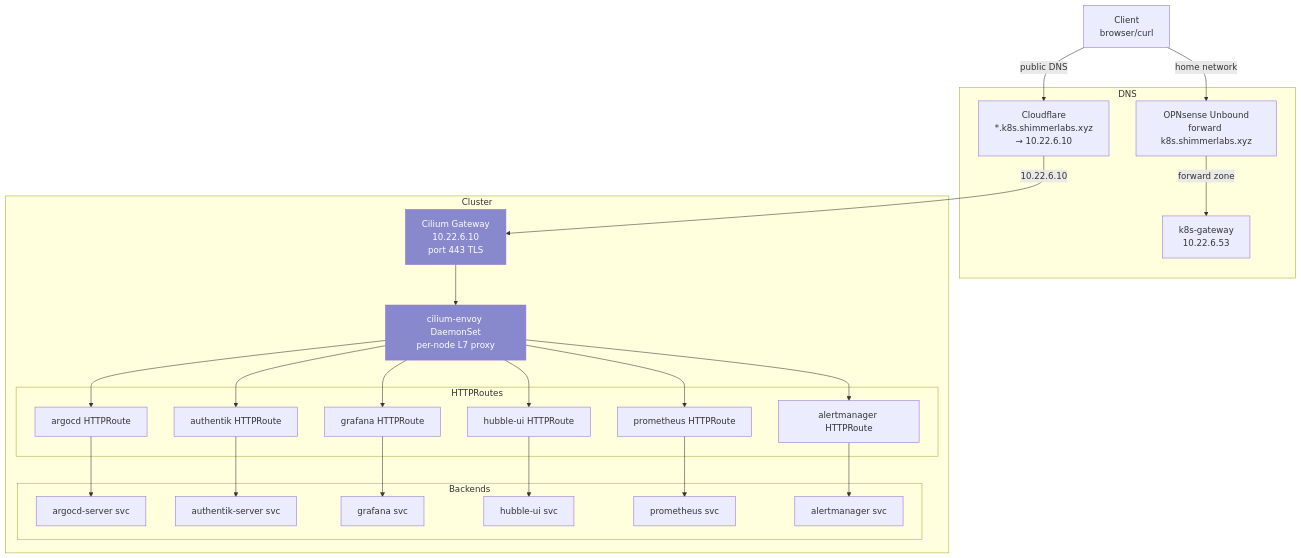
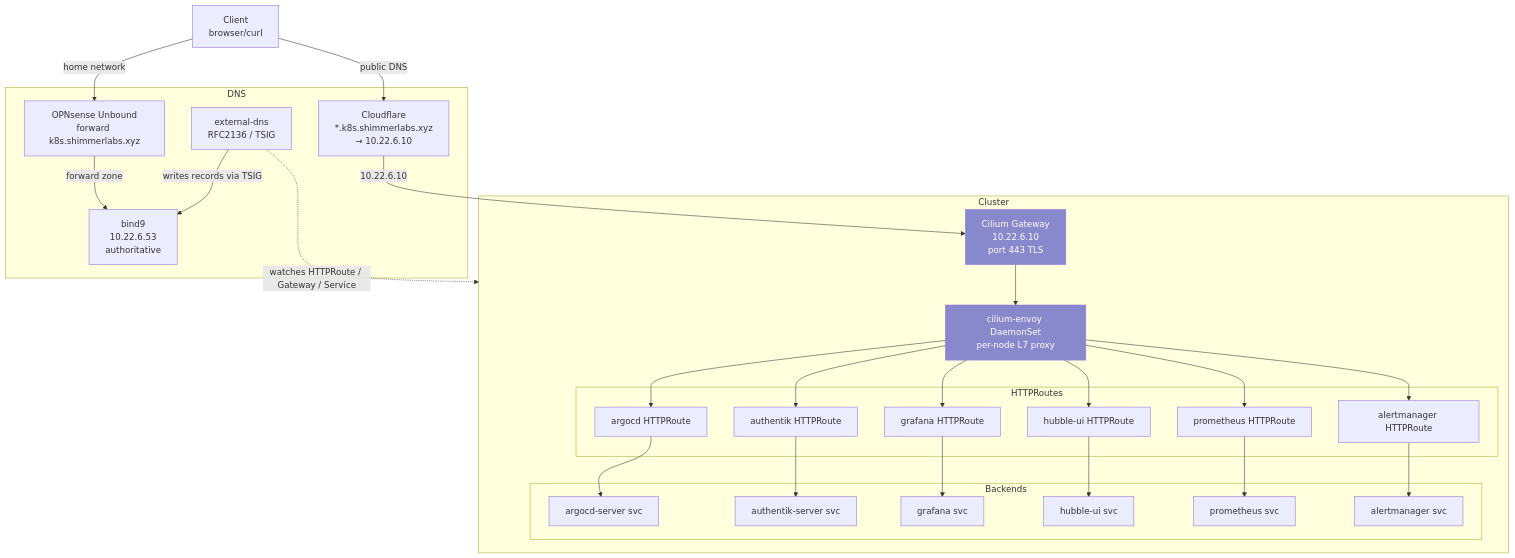
Before and after one commit to mralanlee/homelab: the third of 8 diagrams in docs/architecture.md, drawn with Mermaid. The commit also changed other lines of this file, not shown here.

Commit message:
docs: update architecture diagrams (bind9 + external-dns instead of k8s-gateway)

````diff
--- a/docs/architecture.md
+++ b/docs/architecture.md
@@ -79,50 +80,53 @@
 ```mermaid
 graph TB
     Client[Client<br/>browser/curl]
 
     subgraph DNS
         CFDNS[Cloudflare<br/>*.k8s.shimmerlabs.xyz<br/>→ 10.22.6.10]
         Unbound[OPNsense Unbound<br/>forward k8s.shimmerlabs.xyz]
-        K8sGateway[k8s-gateway<br/>10.22.6.53]
+        BIND[bind9<br/>10.22.6.53<br/>authoritative]
+        EDNS[external-dns<br/>RFC2136 / TSIG]
     end
 
     Client -->|public DNS| CFDNS
     Client -->|home network| Unbound
-    Unbound -->|forward zone| K8sGateway
+    Unbound -->|forward zone| BIND
+    EDNS -->|writes records via TSIG| BIND
+    EDNS -.->|watches HTTPRoute / Gateway / Service| Cluster
 
     subgraph Cluster
         Gateway[Cilium Gateway<br/>10.22.6.10<br/>port 443 TLS]
         Envoy[cilium-envoy DaemonSet<br/>per-node L7 proxy]
 
         HTTPRoutes
         subgraph HTTPRoutes
             R1[argocd HTTPRoute]
             R2[authentik HTTPRoute]
             R3[grafana HTTPRoute]
             R4[hubble-ui HTTPRoute]
             R5[prometheus HTTPRoute]
             R6[alertmanager HTTPRoute]
         end
 
         subgraph Backends
             B1[argocd-server svc]
             B2[authentik-server svc]
             B3[grafana svc]
             B4[hubble-ui svc]
             B5[prometheus svc]
             B6[alertmanager svc]
         end
     end
 
     CFDNS -->|10.22.6.10| Gateway
     Gateway --> Envoy
     Envoy --> R1 --> B1
     Envoy --> R2 --> B2
     Envoy --> R3 --> B3
     Envoy --> R4 --> B4
     Envoy --> R5 --> B5
     Envoy --> R6 --> B6
 
     style Gateway fill:#88c,color:#fff
     style Envoy fill:#88c,color:#fff
 ```
````
